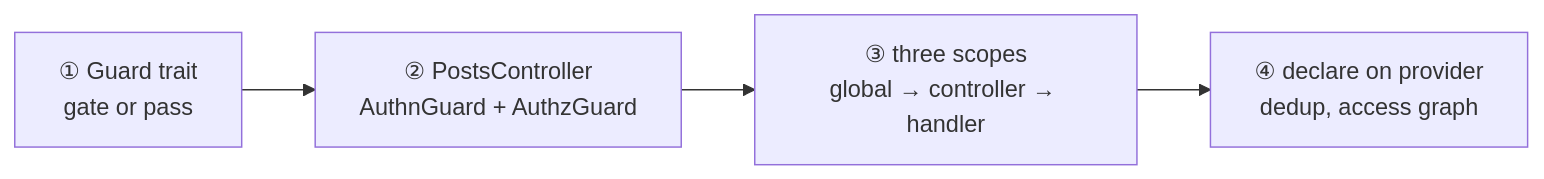
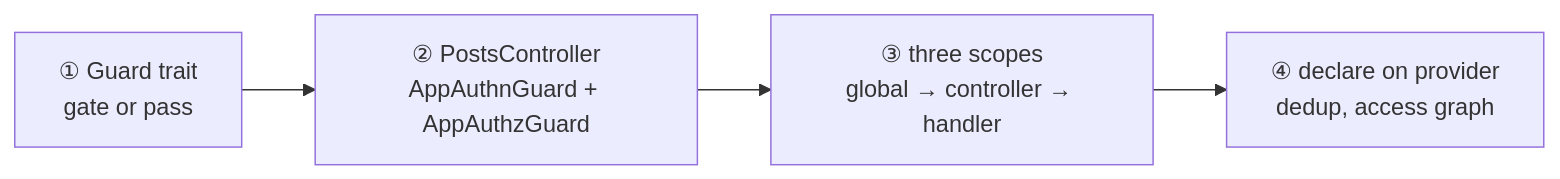
Before and after one commit to YV17labs/NestRS: the first of 4 diagrams in docs/src/content/docs/fundamentals/guards.mdx, drawn with Mermaid. The commit also changed other lines of this file and 84 other files, not shown here.

````diff
--- a/docs/src/content/docs/fundamentals/guards.mdx
+++ b/docs/src/content/docs/fundamentals/guards.mdx
@@ -29,6 +29,6 @@
 ```mermaid
 flowchart LR
-  A["① Guard trait<br/>gate or pass"] --> B["② PostsController<br/>AuthnGuard + AuthzGuard"]
+  A["① Guard trait<br/>gate or pass"] --> B["② PostsController<br/>AppAuthnGuard + AppAuthzGuard"]
   B --> C["③ three scopes<br/>global → controller → handler"]
   C --> D["④ declare on provider<br/>dedup, access graph"]
 ```
````
